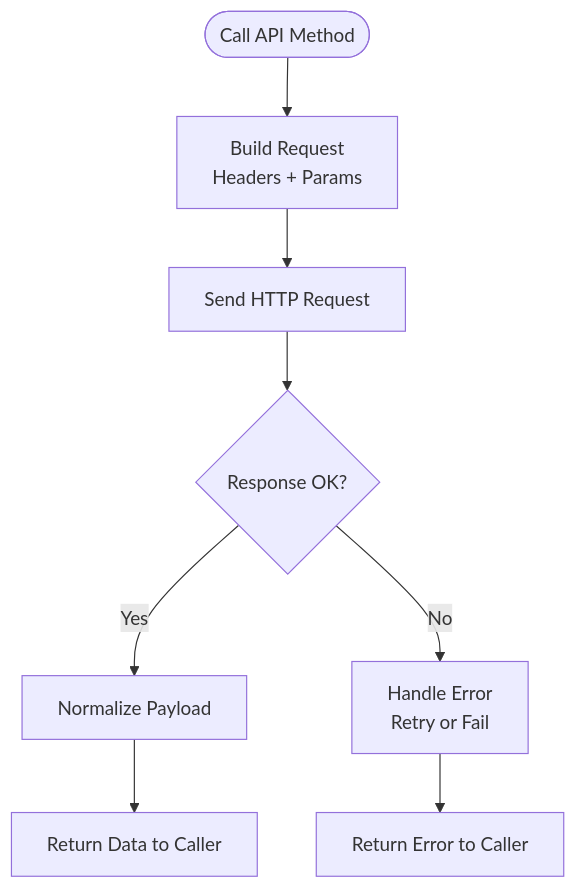
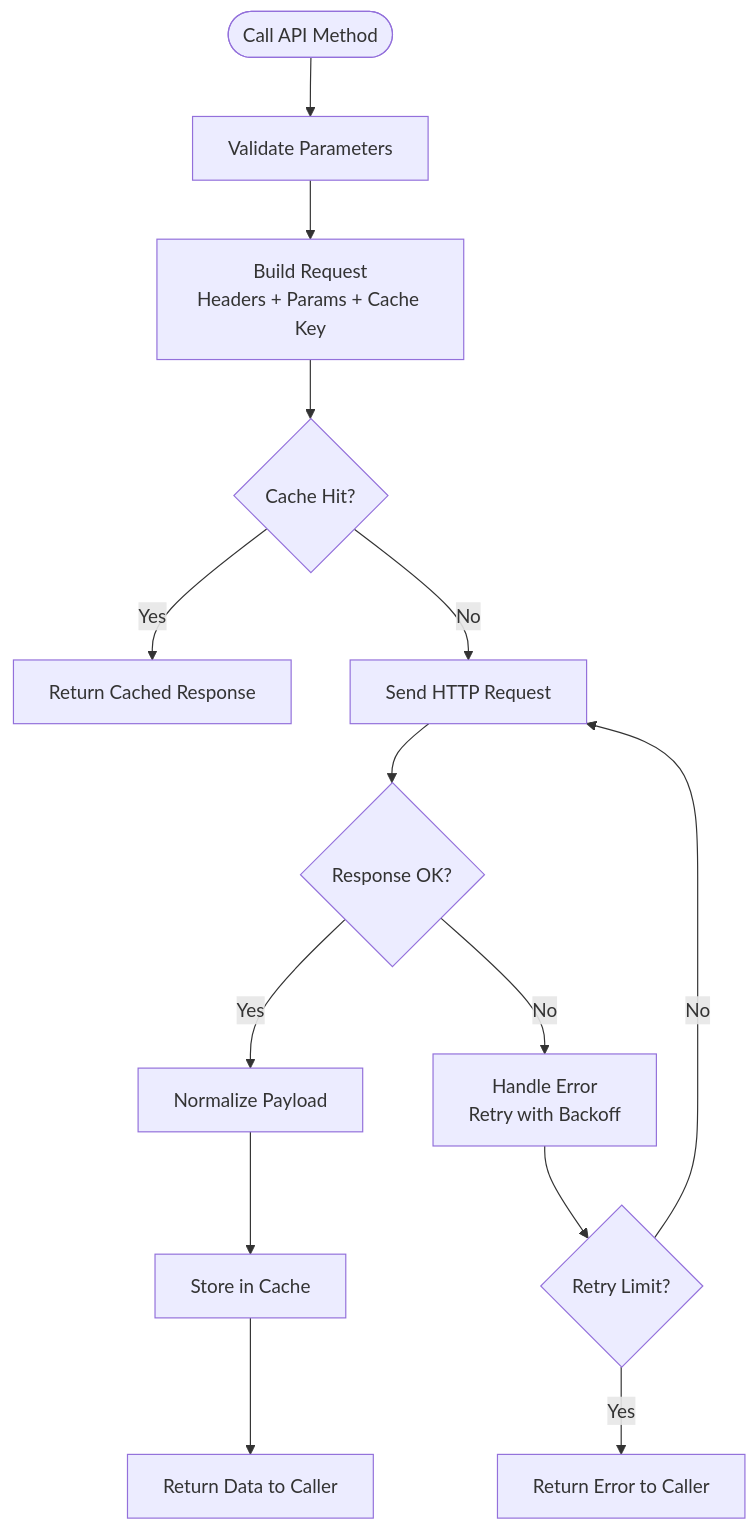
Before and after one commit to zuohaisu/wecom-archive: the fourth of 15 diagrams in .qoder/repowiki/en/content/Web Application/Client-Side Architecture.md, drawn with Mermaid. The commit also changed other lines of this file and 95 other files, not shown here.

````diff
--- a/.qoder/repowiki/en/content/Web Application/Client-Side Architecture.md
+++ b/.qoder/repowiki/en/content/Web Application/Client-Side Architecture.md
@@ -204,10 +222,16 @@
 ```mermaid
 flowchart TD
-Start(["Call API Method"]) --> BuildReq["Build Request<br/>Headers + Params"]
-BuildReq --> SendReq["Send HTTP Request"]
+Start(["Call API Method"]) --> Validate["Validate Parameters"]
+Validate --> BuildReq["Build Request<br/>Headers + Params + Cache Key"]
+BuildReq --> CheckCache{"Cache Hit?"}
+CheckCache --> |Yes| ReturnCached["Return Cached Response"]
+CheckCache --> |No| SendReq["Send HTTP Request"]
 SendReq --> RespOK{"Response OK?"}
 RespOK --> |Yes| Normalize["Normalize Payload"]
-RespOK --> |No| HandleErr["Handle Error<br/>Retry or Fail"]
-Normalize --> ReturnData["Return Data to Caller"]
-HandleErr --> ReturnError["Return Error to Caller"]
+RespOK --> |No| HandleErr["Handle Error<br/>Retry with Backoff"]
+Normalize --> CacheStore["Store in Cache"]
+CacheStore --> ReturnData["Return Data to Caller"]
+HandleErr --> RetryCount{"Retry Limit?"}
+RetryCount --> |No| SendReq
+RetryCount --> |Yes| ReturnError["Return Error to Caller"]
 ```
````
